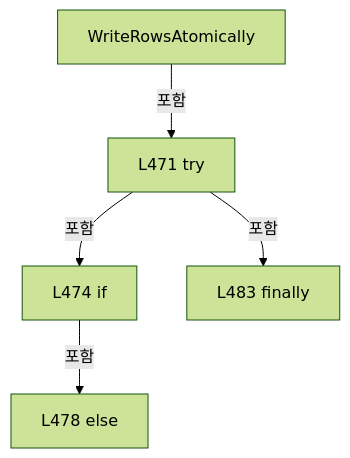
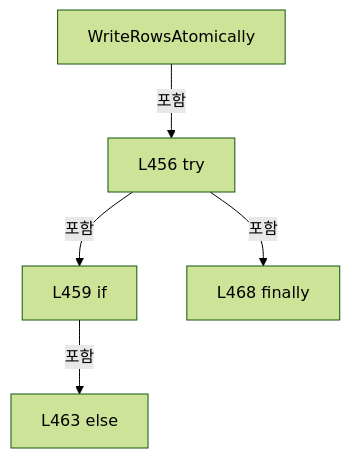
One commit to kjuws10-rgb/Shared changed the eighth of 9 diagrams in A3 LD Code Ref/files/Drilling.File/Product/CProductFile.cs.md. Above: the diagram before and after it, drawn with Mermaid (forest theme). The commit also changed other lines of this file and 8055 other files, not shown here.

Commit message:
docs(a3): trace Stage Glass Data and refresh architecture and full code reference

````diff
--- a/A3 LD Code Ref/files/Drilling.File/Product/CProductFile.cs.md
+++ b/A3 LD Code Ref/files/Drilling.File/Product/CProductFile.cs.md
@@ -2441,12 +2431,12 @@
 ```mermaid
 flowchart TD
  M["WriteRowsAtomically"]
- N0["L471 try"]
+ N0["L456 try"]
  M -->|포함| N0
- N1["L474 if"]
+ N1["L459 if"]
  N0 -->|포함| N1
- N2["L478 else"]
+ N2["L463 else"]
  N1 -->|포함| N2
- N3["L483 finally"]
+ N3["L468 finally"]
  N0 -->|포함| N3
 ```
````
